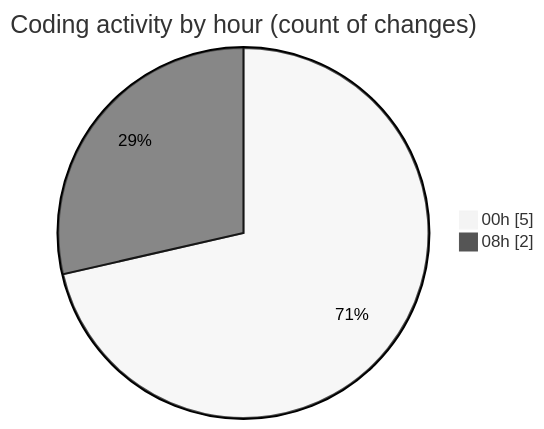
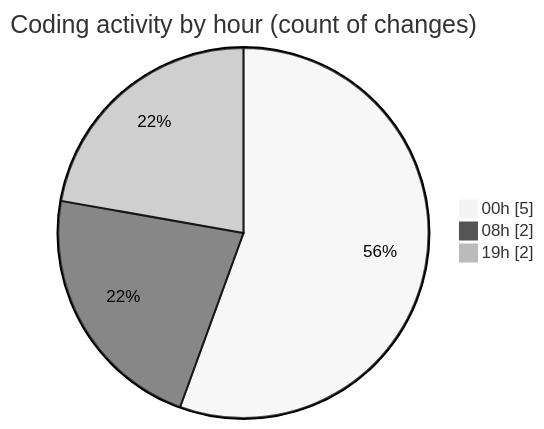
One commit to Elitesun/code-tracking changed the second of 2 diagrams in 2025-04-01/product-detail-page/README.md. Above: the diagram before and after it, drawn with Mermaid (neutral theme). The commit also changed other lines of this file and 1 other file, not shown here.

````diff
--- a/2025-04-01/product-detail-page/README.md
+++ b/2025-04-01/product-detail-page/README.md
@@ -30,6 +32,7 @@
 ```mermaid
 pie showData
 title Coding activity by hour (count of changes)
 "00h" : 5
 "08h" : 2
+"19h" : 2
 ```
````
